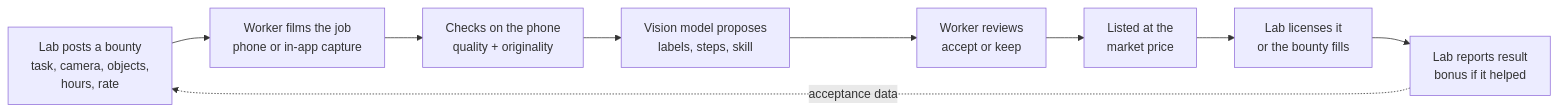
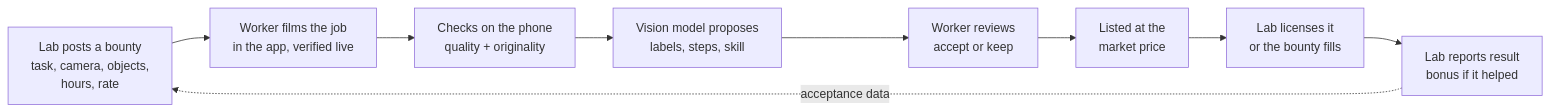
The first of 3 diagrams in README.md (KarinaKKarinaK/hk-ai-summit-hackathon), drawn with Mermaid before and after one commit. The commit also changed other lines of this file and 14 other files, not shown here.

First line of the commit message:
In-app recording only, live challenge, guaranteed request payouts

````diff
--- a/README.md
+++ b/README.md
@@ -42,11 +42,11 @@
 ```mermaid
 flowchart LR
-    B[Lab posts a bounty<br/>task, camera, objects,<br/>hours, rate] --> W[Worker films the job<br/>phone or in-app capture]
+    B[Lab posts a bounty<br/>task, camera, objects,<br/>hours, rate] --> W[Worker films the job<br/>in the app, verified live]
     W --> Q[Checks on the phone<br/>quality + originality]
     Q --> M[Vision model proposes<br/>labels, steps, skill]
     M --> R[Worker reviews<br/>accept or keep]
     R --> L[Listed at the<br/>market price]
     L --> S[Lab licenses it<br/>or the bounty fills]
     S --> F[Lab reports result<br/>bonus if it helped]
     F -.acceptance data.-> B
 ```
````
